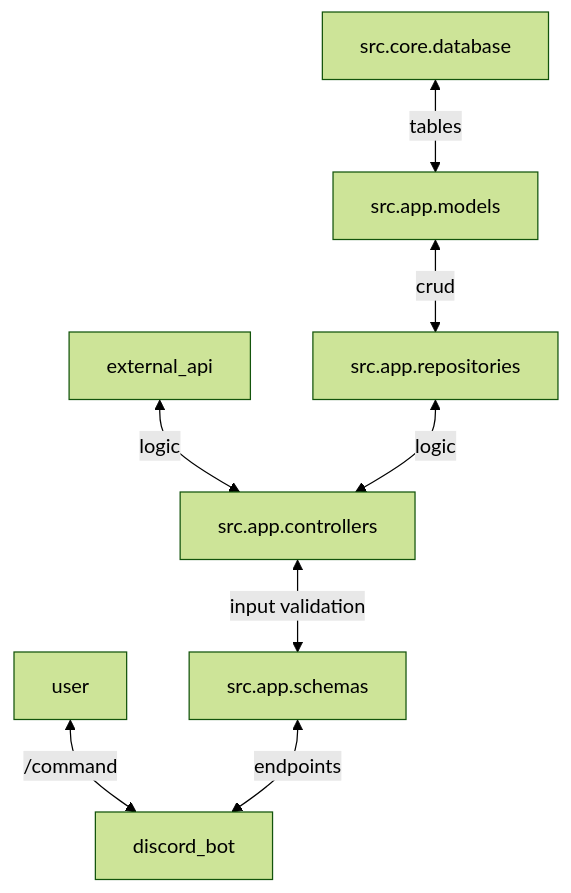
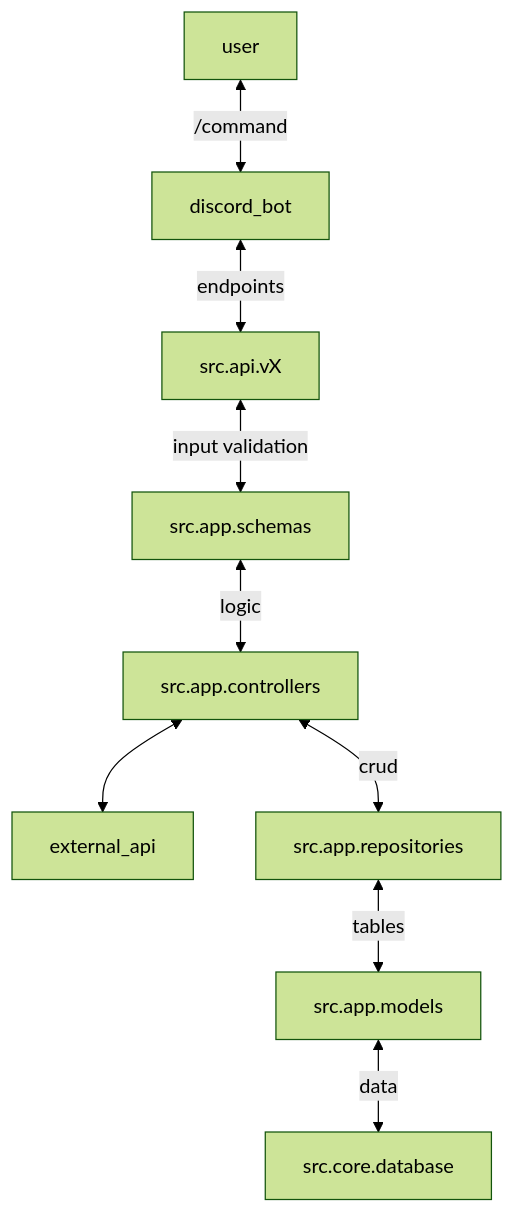
Before and after one commit to Bot-detector/bot-detector-discord-bot: the diagram in src/app/readme.md, drawn with Mermaid (forest theme).

Commit message:
updated design

````diff
--- a/src/app/readme.md
+++ b/src/app/readme.md
@@ -8,13 +8,13 @@
 ```mermaid
 flowchart TD
-   user <--> |/command| discord_bot
+    user <--> |/command| discord_bot
+    discord_bot <--> |endpoints| src.api.vX
 
-   src.core.database <--> |tables| src.app.models
-   src.app.models <--> |crud| src.app.repositories
-   external_api <--> |logic| src.app.controllers
-   src.app.repositories <--> |logic| src.app.controllers
+    src.api.vX <--> |input validation| src.app.schemas
+    src.app.schemas <--> |logic| src.app.controllers
 
-   src.app.controllers <--> |input validation| src.app.schemas
-
-   src.app.schemas <--> |endpoints| discord_bot
+    src.app.controllers <--> external_api
+    src.app.controllers <--> |crud| src.app.repositories
+    src.app.repositories <--> |tables| src.app.models
+    src.app.models <--> |data| src.core.database
 ```
````
